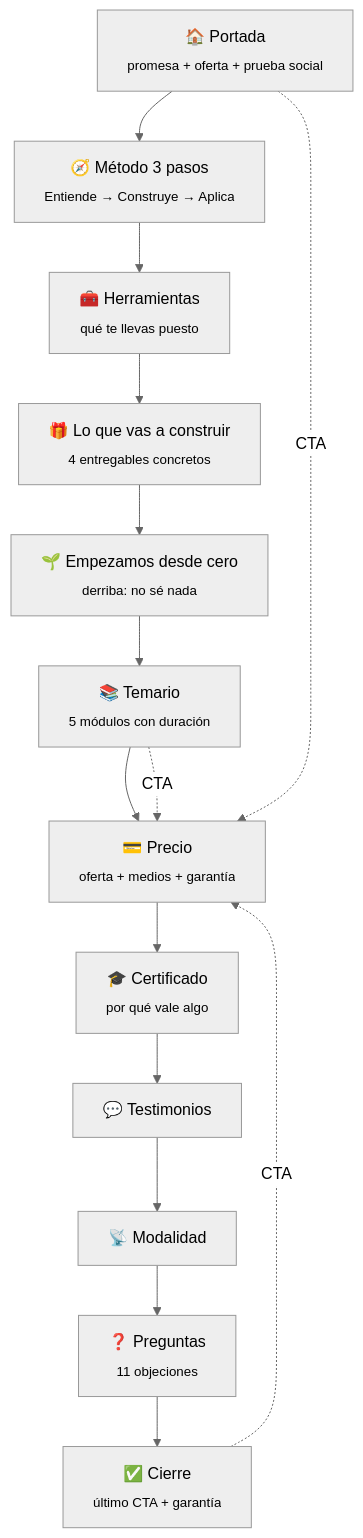
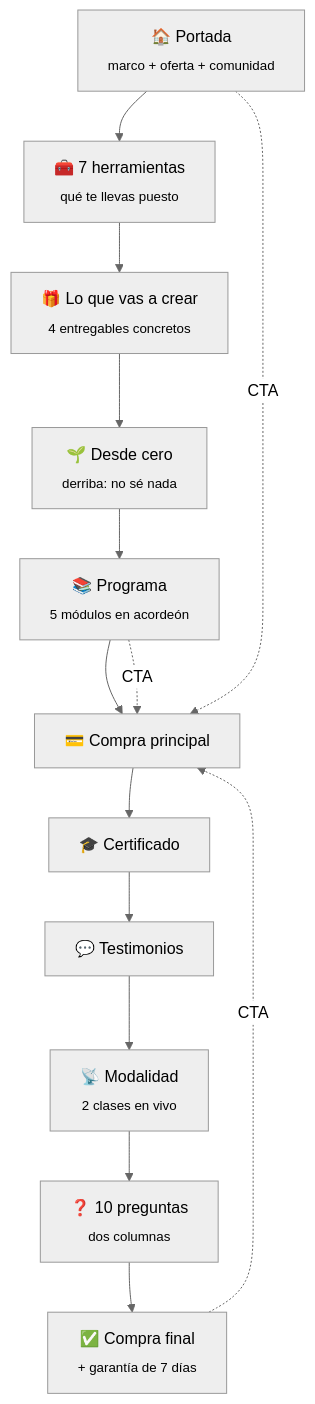
One commit to relevoacademy/landing-curso-conoce changed the diagram in README.md. Above: the diagram before and after it, drawn with Mermaid (neutral theme). The commit also changed other lines of this file and 1 other file, not shown here.

````diff
--- a/README.md
+++ b/README.md
@@ -42,18 +42,17 @@
 ```mermaid
 flowchart TD
-  P["🏠 Portada<br/><sub>promesa + oferta + prueba social</sub>"] --> ME["🧭 Método 3 pasos<br/><sub>Entiende → Construye → Aplica</sub>"]
-  ME --> H["🧰 Herramientas<br/><sub>qué te llevas puesto</sub>"]
-  H --> C["🎁 Lo que vas a construir<br/><sub>4 entregables concretos</sub>"]
-  C --> Z["🌱 Empezamos desde cero<br/><sub>derriba: no sé nada</sub>"]
-  Z --> T["📚 Temario<br/><sub>5 módulos con duración</sub>"]
-  T --> PR["💳 Precio<br/><sub>oferta + medios + garantía</sub>"]
-  PR --> CE["🎓 Certificado<br/><sub>por qué vale algo</sub>"]
+  P["🏠 Portada<br/><sub>marco + oferta + comunidad</sub>"] --> H["🧰 7 herramientas<br/><sub>qué te llevas puesto</sub>"]
+  H --> C["🎁 Lo que vas a crear<br/><sub>4 entregables concretos</sub>"]
+  C --> Z["🌱 Desde cero<br/><sub>derriba: no sé nada</sub>"]
+  Z --> T["📚 Programa<br/><sub>5 módulos en acordeón</sub>"]
+  T --> PR["💳 Compra principal"]
+  PR --> CE["🎓 Certificado"]
   CE --> TE["💬 Testimonios"]
-  TE --> M["📡 Modalidad"]
-  M --> F["❓ Preguntas<br/><sub>11 objeciones</sub>"]
-  F --> FIN["✅ Cierre<br/><sub>último CTA + garantía</sub>"]
+  TE --> M["📡 Modalidad<br/><sub>2 clases en vivo</sub>"]
+  M --> F["❓ 10 preguntas<br/><sub>dos columnas</sub>"]
+  F --> FIN["✅ Compra final<br/><sub>+ garantía de 7 días</sub>"]
 
   P -.->|CTA| PR
   T -.->|CTA| PR
   FIN -.->|CTA| PR
 ```
````
